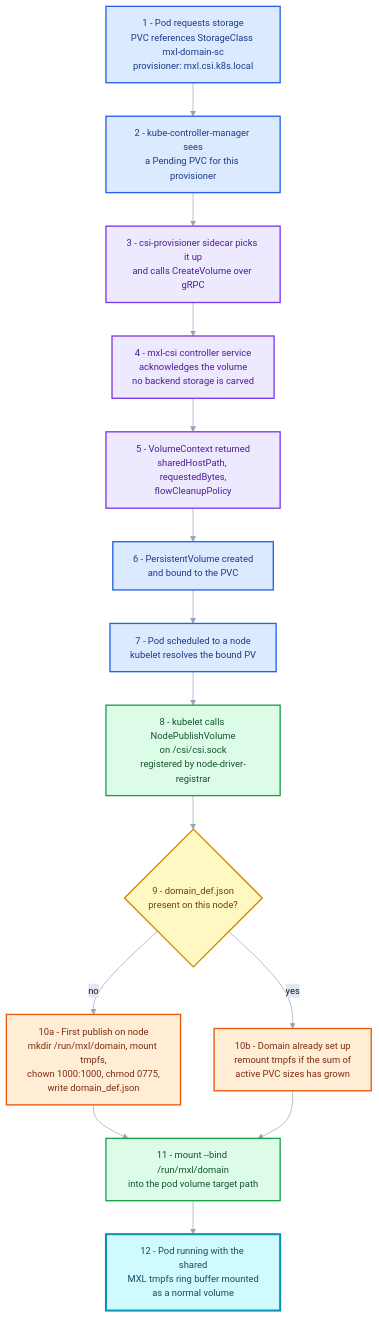
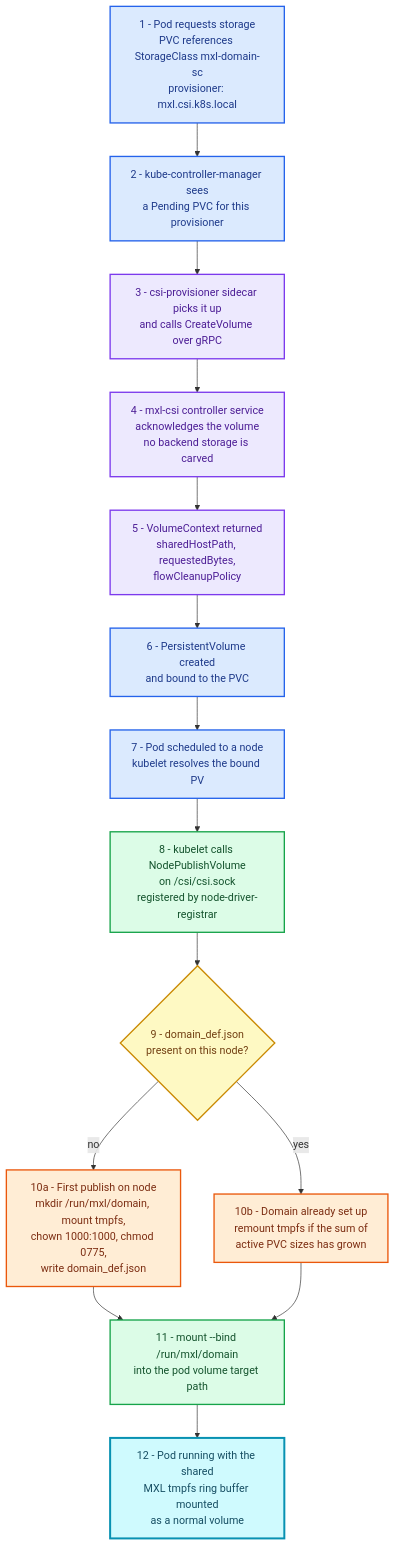
Before and after one commit to cbcrc/mxl-csi: the first of 2 diagrams in README.md, drawn with Mermaid. The commit also changed other lines of this file, not shown here.

Commit message:
Fixing mermaid diagrams

````diff
--- a/README.md
+++ b/README.md
@@ -33,38 +33,37 @@
 ```mermaid
-%%{init: {"theme": "base", "themeVariables": {"background": "#0f172a", "fontFamily": "Segoe UI, Helvetica, sans-serif", "fontSize": "14px", "lineColor": "#94a3b8", "primaryTextColor": "#0f172a", "edgeLabelBackground": "#e2e8f0", "textColor": "#0f172a"}}}%%
 flowchart TD
     A["1 - Pod requests storage<br/>PVC references StorageClass mxl-domain-sc<br/>provisioner: mxl.csi.k8s.local"]
     B["2 - kube-controller-manager sees<br/>a Pending PVC for this provisioner"]
     C["3 - csi-provisioner sidecar picks it up<br/>and calls CreateVolume over gRPC"]
     D["4 - mxl-csi controller service<br/>acknowledges the volume<br/>no backend storage is carved"]
     E["5 - VolumeContext returned<br/>sharedHostPath, requestedBytes,<br/>flowCleanupPolicy"]
     F["6 - PersistentVolume created<br/>and bound to the PVC"]
     G["7 - Pod scheduled to a node<br/>kubelet resolves the bound PV"]
     H["8 - kubelet calls NodePublishVolume<br/>on /csi/csi.sock<br/>registered by node-driver-registrar"]
     I{"9 - domain_def.json<br/>present on this node?"}
     J["10a - First publish on node<br/>mkdir /run/mxl/domain, mount tmpfs,<br/>chown 1000:1000, chmod 0775,<br/>write domain_def.json"]
     K["10b - Domain already set up<br/>remount tmpfs if the sum of<br/>active PVC sizes has grown"]
     L["11 - mount --bind /run/mxl/domain<br/>into the pod volume target path"]
     M["12 - Pod running with the shared<br/>MXL tmpfs ring buffer mounted<br/>as a normal volume"]
 
     A --> B --> C --> D --> E --> F --> G --> H --> I
     I -- no --> J
     I -- yes --> K
     J --> L
     K --> L
     L --> M
 
     classDef k8s fill:#dbeafe,stroke:#2563eb,stroke-width:2px,color:#1e3a8a
     classDef controller fill:#ede9fe,stroke:#7c3aed,stroke-width:2px,color:#4c1d95
-    classDef node fill:#dcfce7,stroke:#16a34a,stroke-width:2px,color:#14532d
+    classDef nodesvc fill:#dcfce7,stroke:#16a34a,stroke-width:2px,color:#14532d
     classDef host fill:#ffedd5,stroke:#ea580c,stroke-width:2px,color:#7c2d12
     classDef decision fill:#fef9c3,stroke:#ca8a04,stroke-width:2px,color:#713f12
     classDef done fill:#cffafe,stroke:#0891b2,stroke-width:3px,color:#164e63
 
     class A,B,F,G k8s
     class C,D,E controller
-    class H,L node
+    class H,L nodesvc
     class J,K host
     class I decision
     class M done
 ```
````
